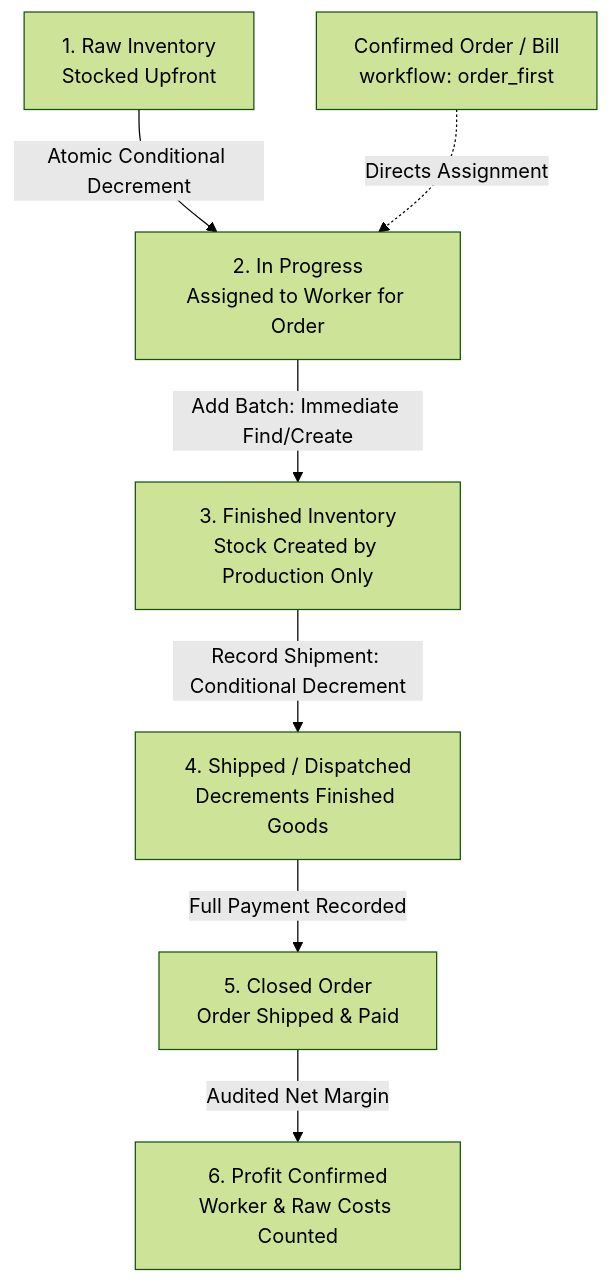
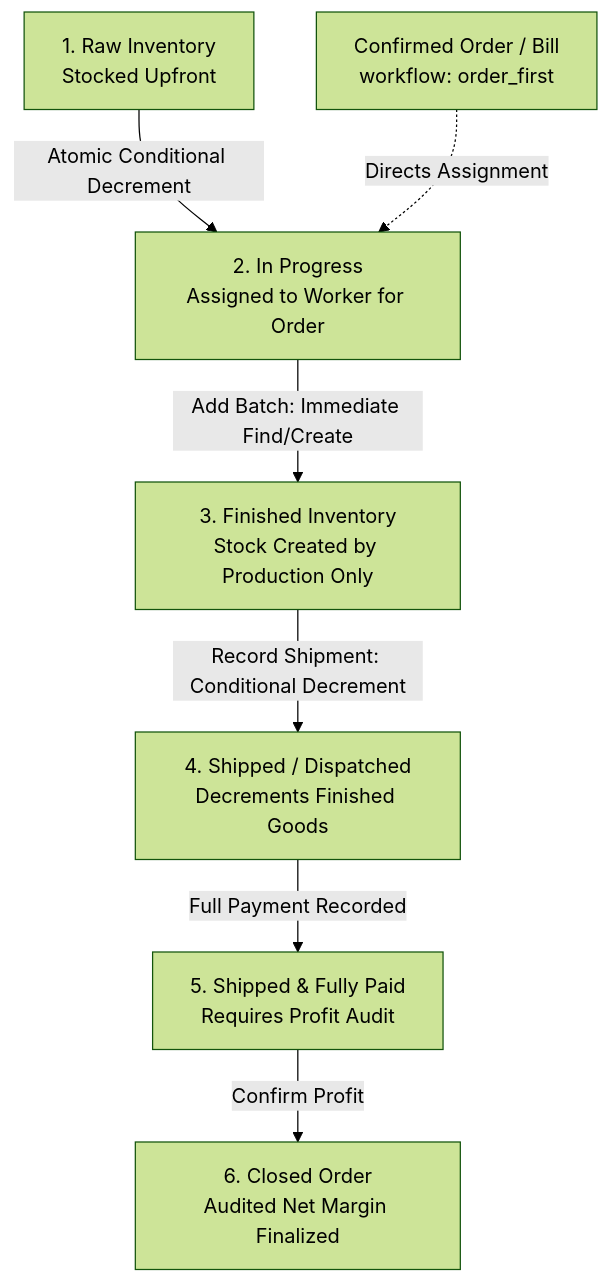
The diagram in docs/runbooks/order_workflow.md (Error-Krishna/InsightLoop), drawn with Mermaid (forest theme) before and after one commit. The commit also changed other lines of this file and 2 other files, not shown here.

Commit message:
test/ci: add order flow e2e to CI and extend failure assertions

````diff
--- a/docs/runbooks/order_workflow.md
+++ b/docs/runbooks/order_workflow.md
@@ -19,9 +19,9 @@
 ```mermaid
 flowchart TD
     Raw[1. Raw Inventory<br/>Stocked Upfront] -->|Atomic Conditional Decrement| Worker[2. In Progress<br/>Assigned to Worker for Order]
     Order[Confirmed Order / Bill<br/>workflow: order_first] -.->|Directs Assignment| Worker
     Worker -->|Add Batch: Immediate Find/Create| Finished[3. Finished Inventory<br/>Stock Created by Production Only]
     Finished -->|Record Shipment: Conditional Decrement| Shipped[4. Shipped / Dispatched<br/>Decrements Finished Goods]
-    Shipped -->|Full Payment Recorded| Closed[5. Closed Order<br/>Order Shipped & Paid]
-    Closed -->|Audited Net Margin| Confirmed[6. Profit Confirmed<br/>Worker & Raw Costs Counted]
+    Shipped -->|Full Payment Recorded| ShippedPaid[5. Shipped & Fully Paid<br/>Requires Profit Audit]
+    ShippedPaid -->|Confirm Profit| Closed[6. Closed Order<br/>Audited Net Margin Finalized]
 ```
````
